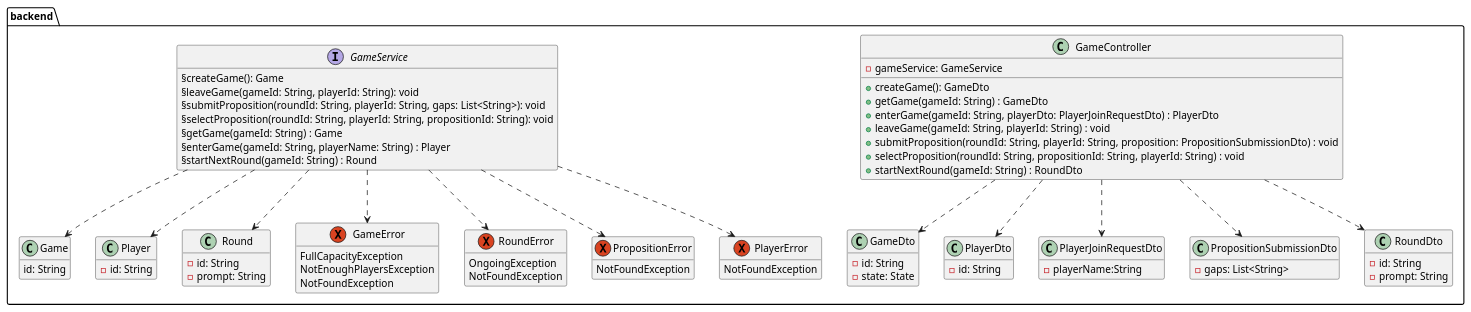
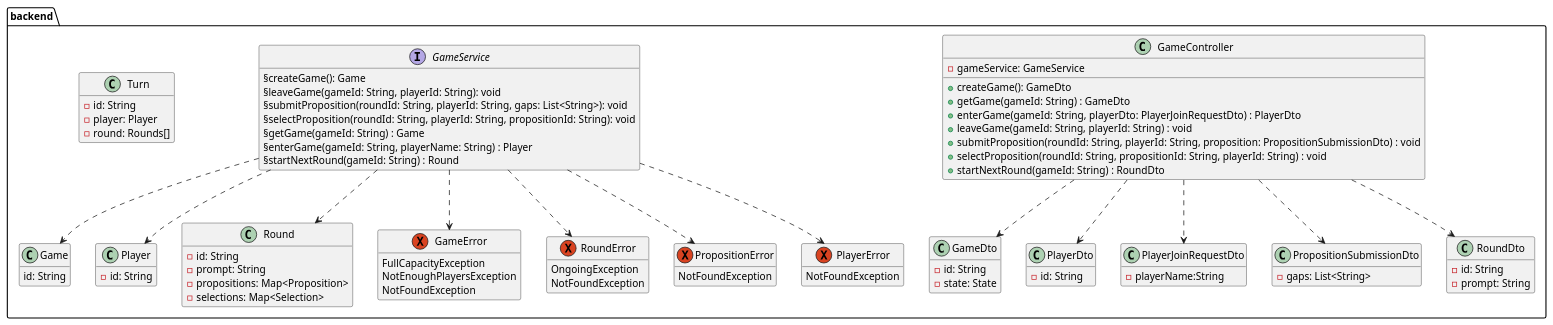
One commit to patrickwinti/worldwidewalter changed the diagram in docs/diagrams/class_diagramm.plantuml. Above: the diagram before and after it, drawn with PlantUML.

Commit message:
updated UML

```diff
--- a/docs/diagrams/class_diagramm.plantuml
+++ b/docs/diagrams/class_diagramm.plantuml
@@ -1,80 +1,87 @@
 @startuml
 package backend{
     hide empty members
     class GameController {
         -gameService: GameService
         +createGame(): GameDto
         +getGame(gameId: String) : GameDto
         +enterGame(gameId: String, playerDto: PlayerJoinRequestDto) : PlayerDto
         +leaveGame(gameId: String, playerId: String) : void
         +submitProposition(roundId: String, playerId: String, proposition: PropositionSubmissionDto) : void
         +selectProposition(roundId: String, propositionId: String, playerId: String) : void
         +startNextRound(gameId: String) : RoundDto
     }
     class GameDto {
         -id: String
         -state: State
     }
     class Game {
         id: String
     }
     interface GameService{
        §createGame(): Game
        §leaveGame(gameId: String, playerId: String): void
        §submitProposition(roundId: String, playerId: String, gaps: List<String>): void
        §selectProposition(roundId: String, playerId: String, propositionId: String): void
        §getGame(gameId: String) : Game
        §enterGame(gameId: String, playerName: String) : Player
        §startNextRound(gameId: String) : Round
     }
     class PlayerDto {
         -id: String
     }
     class PlayerJoinRequestDto {
         -playerName:String
     }
     class PropositionSubmissionDto {
         -gaps: List<String>
     }
     class RoundDto {
         -id: String
         -prompt: String
     }
     class Player {
         -id: String
     }
+    class Turn {
+        -id: String
+        -player: Player
+        -round: Rounds[]
+    }
     class Round {
         -id: String
         -prompt: String
+        -propositions: Map<Proposition>
+        -selections: Map<Selection>
     }
     exception GameError {
         FullCapacityException
         NotEnoughPlayersException
         NotFoundException
     }
     exception RoundError {
         OngoingException
         NotFoundException
     }
     exception PropositionError {
         NotFoundException
     }
     exception PlayerError {
         NotFoundException
     }
 
     GameController..>PlayerDto
     GameController..>PlayerJoinRequestDto
     GameController..>PropositionSubmissionDto
     GameController..>RoundDto
     GameController ..> GameDto
 
     GameService ..> Game
     GameService ..> Round
     GameService ..> Player
     GameService ..> GameError
     GameService ..> RoundError
     GameService ..> PlayerError
     GameService ..> PropositionError
 }
 @enduml
```
